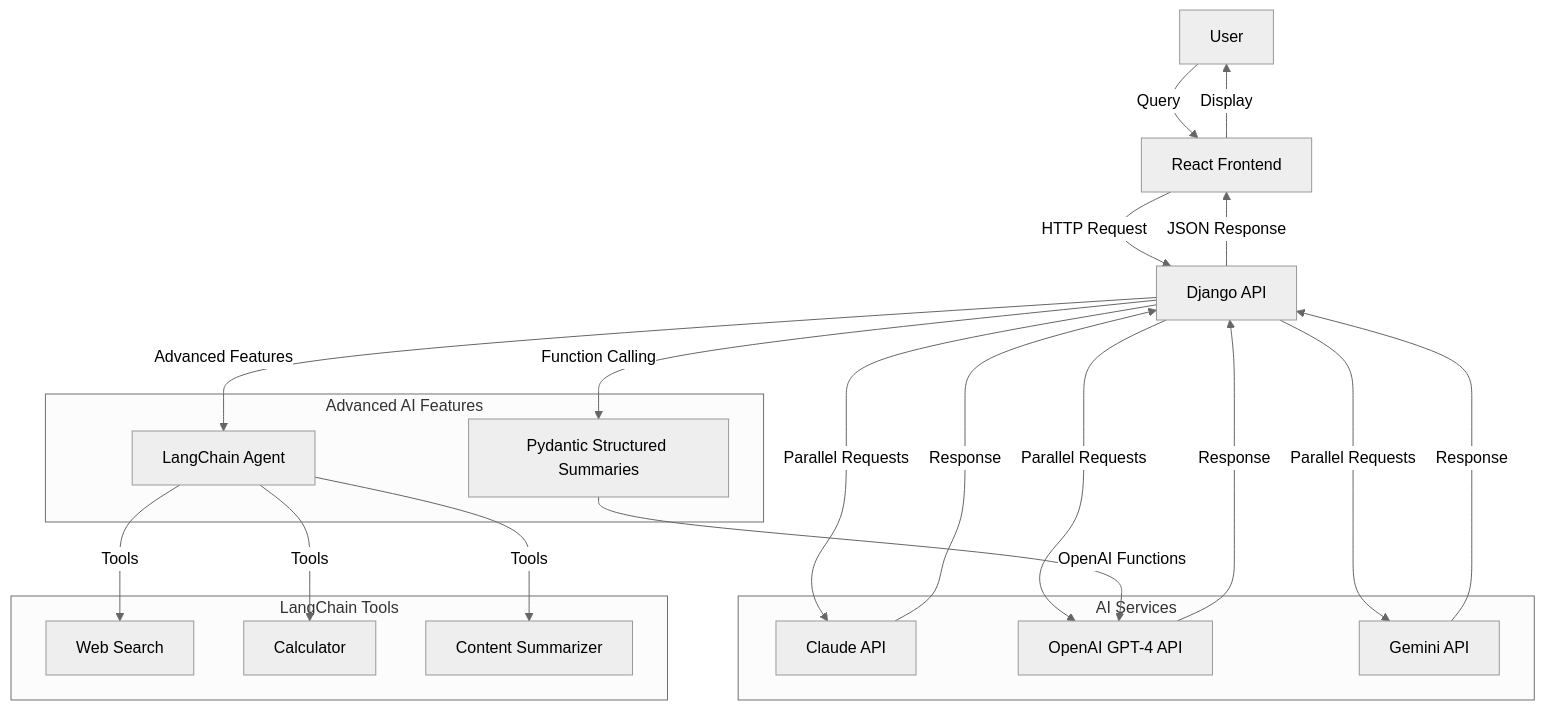
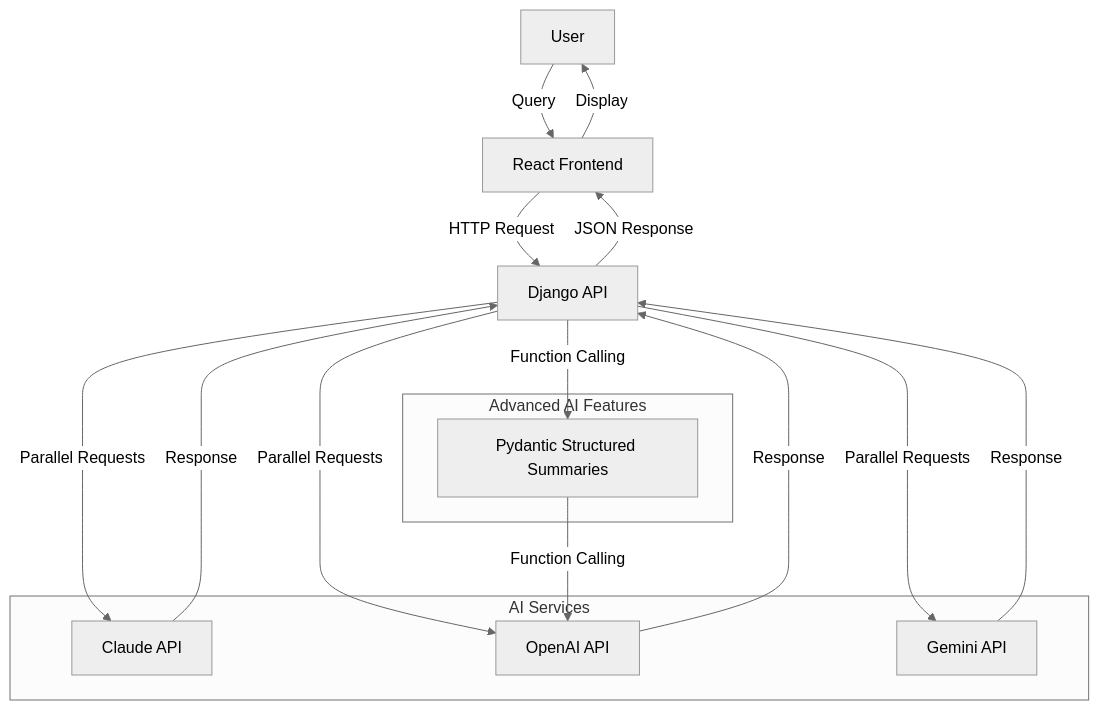
Before and after one commit to bshahbaz86/ai-consensus: the diagram in README.md, drawn with Mermaid (neutral theme). The commit also changed other lines of this file and 10 other files, not shown here.

First line of the commit message:
Major cleanup and optimization: Remove LangChain dependencies, improve setup reproducibility

````diff
--- a/README.md
+++ b/README.md
@@ -61,41 +61,29 @@
 ```mermaid
 graph TB
     U[User] -->|Query| F[React Frontend]
     F -->|HTTP Request| D[Django API]
     
     D -->|Parallel Requests| C[Claude API]
-    D -->|Parallel Requests| O[OpenAI GPT-4 API]
+    D -->|Parallel Requests| O[OpenAI API]
     D -->|Parallel Requests| G[Gemini API]
     
-    D -->|Advanced Features| LC[LangChain Agent]
-    LC -->|Tools| WS[Web Search]
-    LC -->|Tools| CALC[Calculator]  
-    LC -->|Tools| SUM[Content Summarizer]
-    
     D -->|Function Calling| PS[Pydantic Structured Summaries]
-    PS -->|OpenAI Functions| O
+    PS -->|Function Calling| O
     
     C -->|Response| D
     O -->|Response| D  
     G -->|Response| D
     
     D -->|JSON Response| F
     F -->|Display| U
     
     subgraph "AI Services"
         C
         O
         G
     end
     
     subgraph "Advanced AI Features"
-        LC
         PS
     end
-    
-    subgraph "LangChain Tools"
-        WS
-        CALC
-        SUM
-    end
 ```
````
